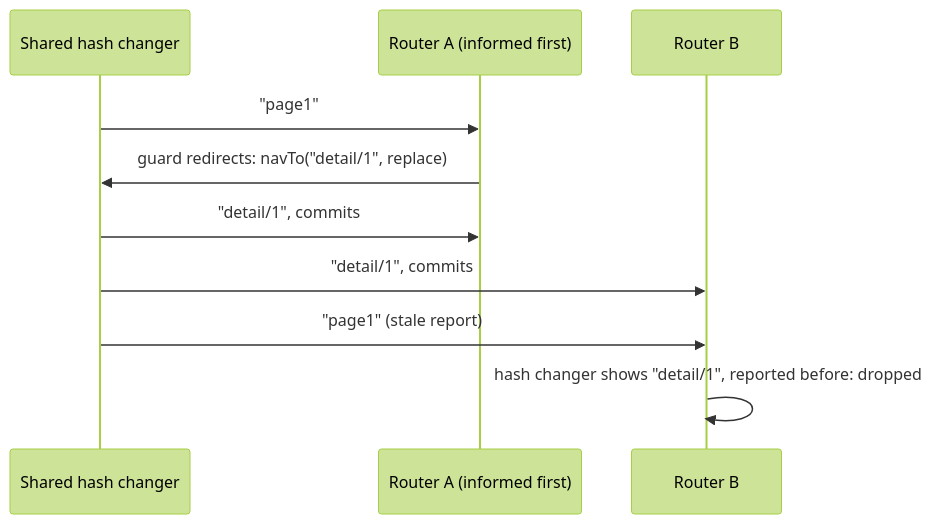
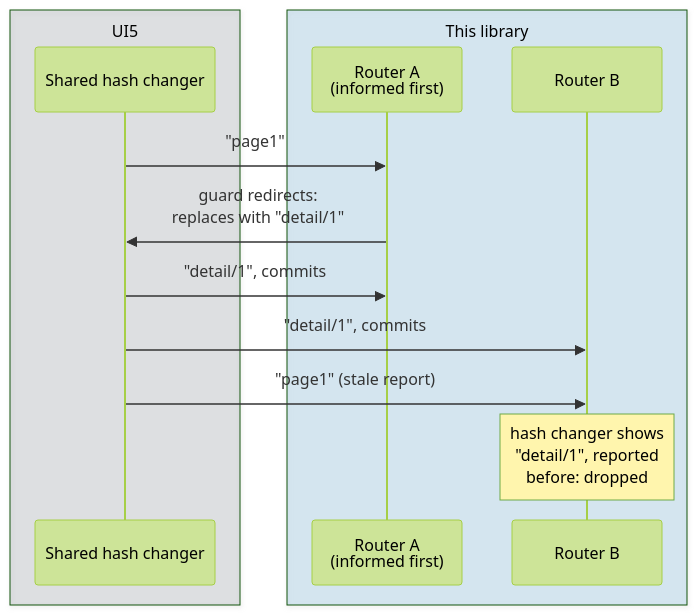
Before and after one commit to wridgeu/ui5-lib-guard-router: the fourth of 10 diagrams in docs/reference/architecture.md, drawn with Mermaid (forest theme). The commit also changed other lines of this file and 202 other files, not shown here.

````diff
--- a/docs/reference/architecture.md
+++ b/docs/reference/architecture.md
@@ -546,12 +586,16 @@
 ```mermaid
 sequenceDiagram
-    participant HC as Shared hash changer
-    participant A as Router A (informed first)
-    participant B as Router B
+    box rgba(110, 119, 129, 0.2) UI5
+        participant HC as Shared hash changer
+    end
+    box rgba(0, 114, 178, 0.15) This library
+        participant A as Router A<br/>(informed first)
+        participant B as Router B
+    end
     HC->>A: "page1"
-    A->>HC: guard redirects: navTo("detail/1", replace)
+    A->>HC: guard redirects:<br/>replaces with "detail/1"
     HC->>A: "detail/1", commits
     HC->>B: "detail/1", commits
     HC->>B: "page1" (stale report)
-    B->>B: hash changer shows "detail/1", reported before: dropped
+    Note over B: hash changer shows<br/>"detail/1", reported<br/>before: dropped
 ```
````
